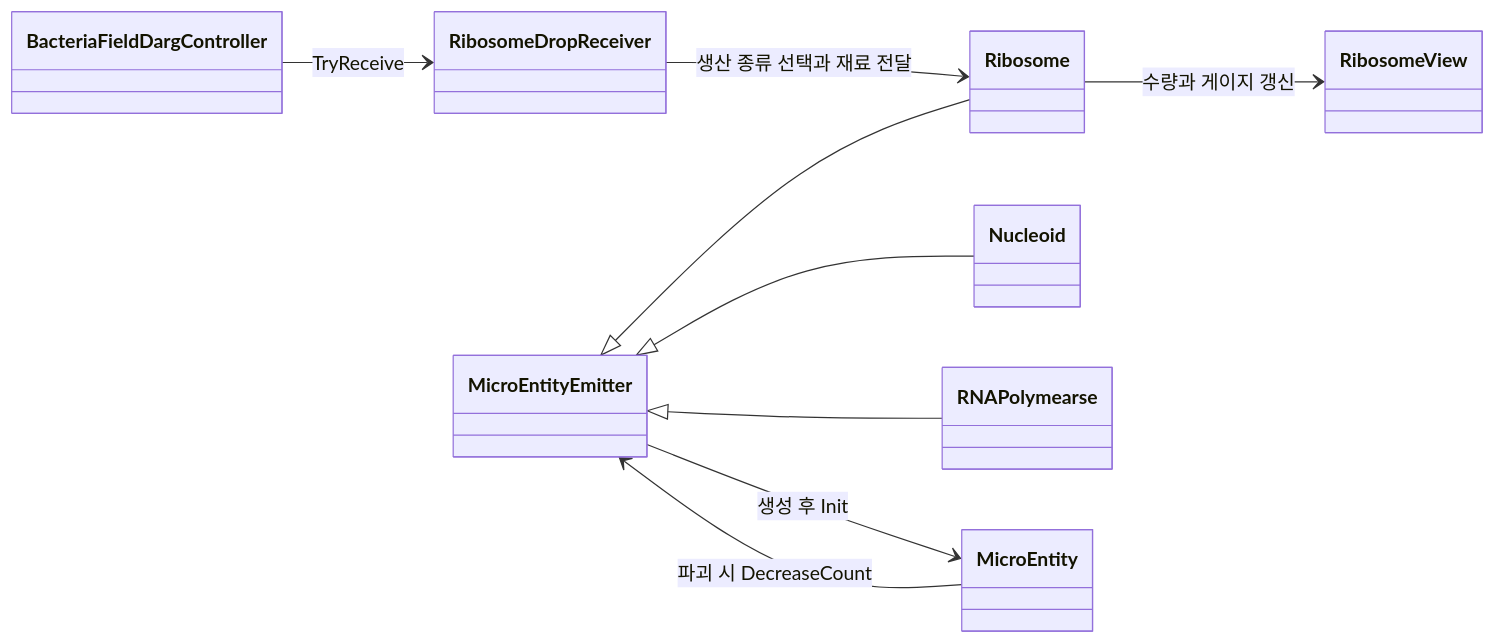
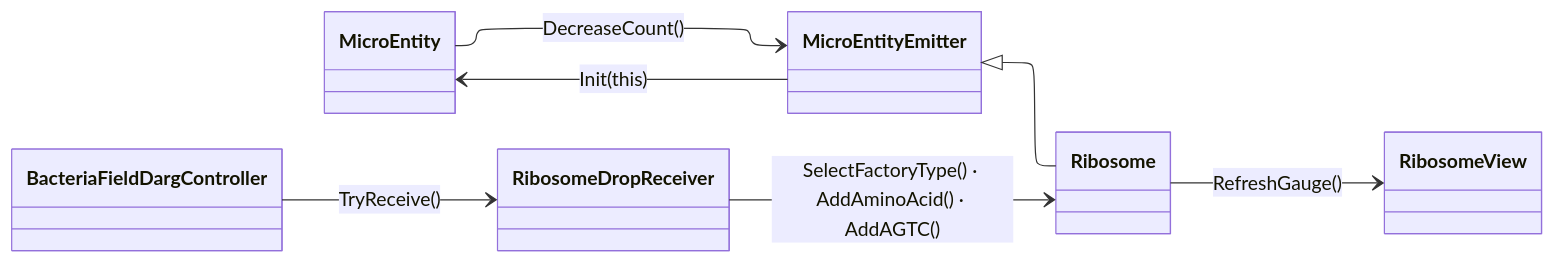
One commit to Lets-Gitit/portfolio changed the sixth of 8 diagrams in src/0-super-phage/기술 문서.md. Above: the diagram before and after it, drawn with Mermaid. The commit also changed other lines of this file and 1 other file, not shown here.

Commit message:
코드, 다이어그램 개선

````diff
--- a/src/0-super-phage/기술 문서.md
+++ b/src/0-super-phage/기술 문서.md
@@ -653,12 +692,14 @@
 ```mermaid
+---
+config:
+  layout: elk
+---
 classDiagram
     direction LR
-    BacteriaFieldDargController --> RibosomeDropReceiver : TryReceive
-    RibosomeDropReceiver --> Ribosome : 생산 종류 선택과 재료 전달
-    Ribosome --> RibosomeView : 수량과 게이지 갱신
+    BacteriaFieldDargController --> RibosomeDropReceiver : TryReceive()
+    RibosomeDropReceiver --> Ribosome : SelectFactoryType() · AddAminoAcid() · AddAGTC()
+    Ribosome --> RibosomeView : RefreshGauge()
     MicroEntityEmitter <|-- Ribosome
-    MicroEntityEmitter <|-- Nucleoid
-    MicroEntityEmitter <|-- RNAPolymearse
-    MicroEntityEmitter --> MicroEntity : 생성 후 Init
-    MicroEntity --> MicroEntityEmitter : 파괴 시 DecreaseCount
+    MicroEntityEmitter --> MicroEntity : Init(this)
+    MicroEntity --> MicroEntityEmitter : DecreaseCount()
 ```
````
